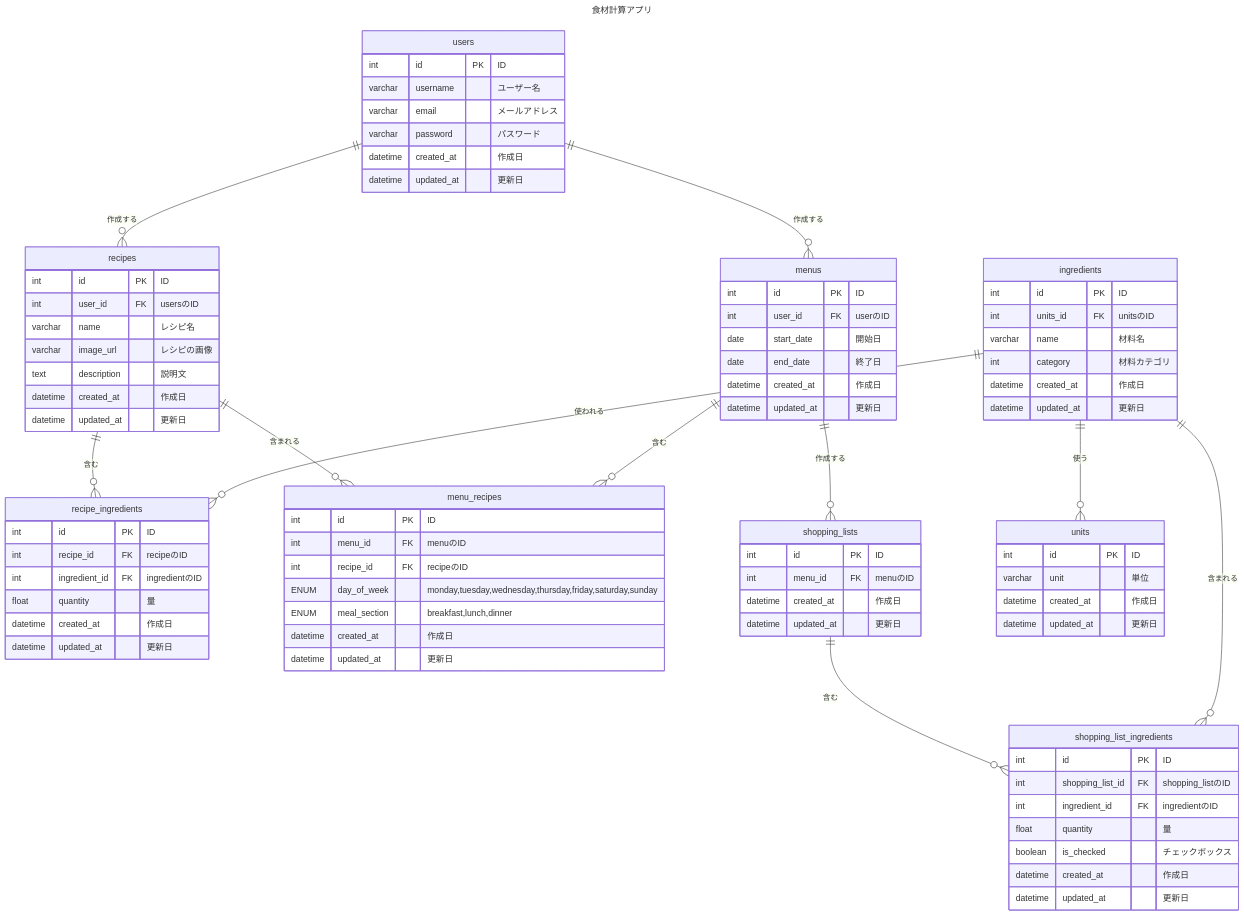
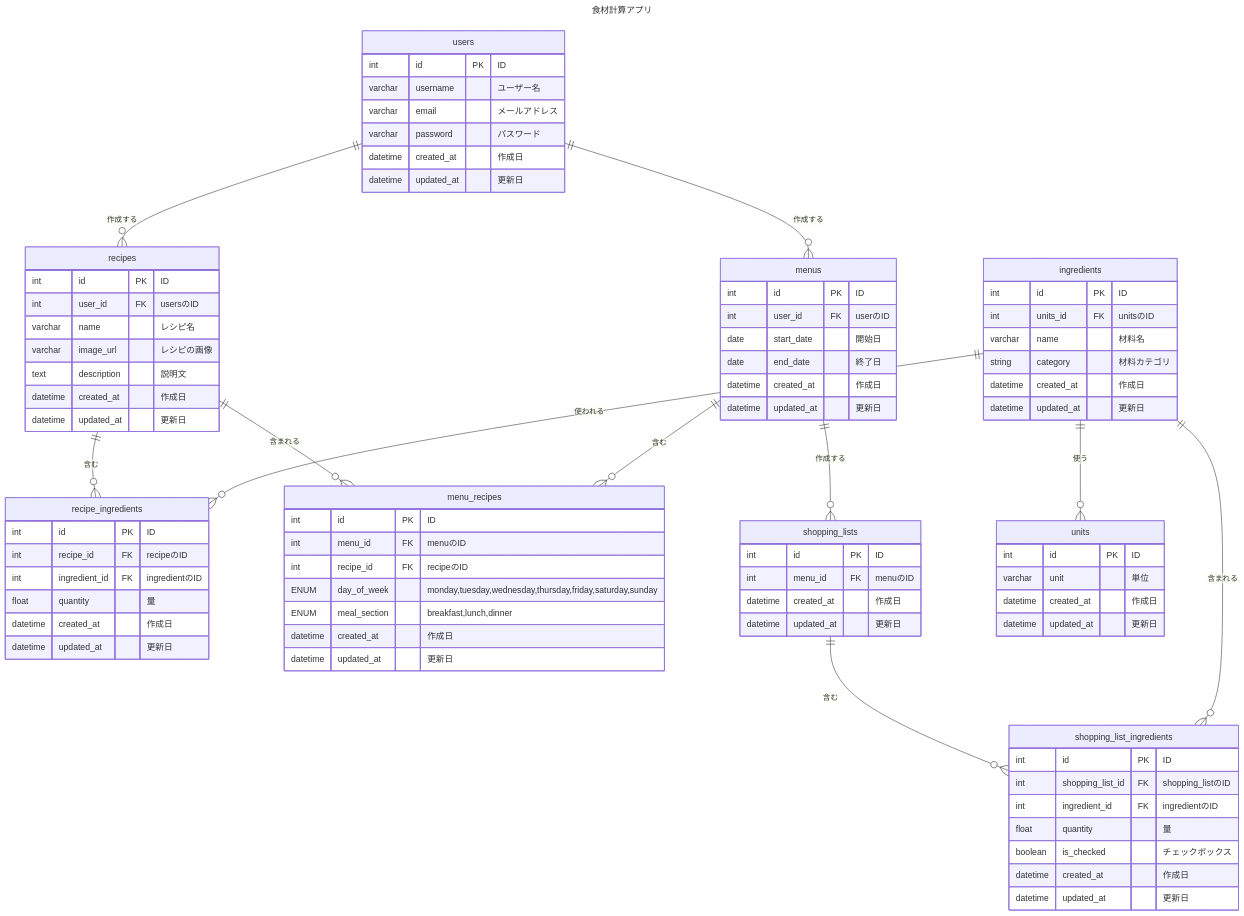
Before and after one commit to Syumai3/recipe-shopper-app: the diagram in backend/docs/er.md, drawn with Mermaid.

Commit message:
ER図を変更

```diff
--- a/backend/docs/er.md
+++ b/backend/docs/er.md
@@ -50,7 +50,7 @@
         int id PK "ID"
         int units_id FK "unitsのID"
         varchar name "材料名"
-        int category "材料カテゴリ"
+        string category "材料カテゴリ"
         datetime created_at "作成日"
         datetime updated_at "更新日"
     }
```
